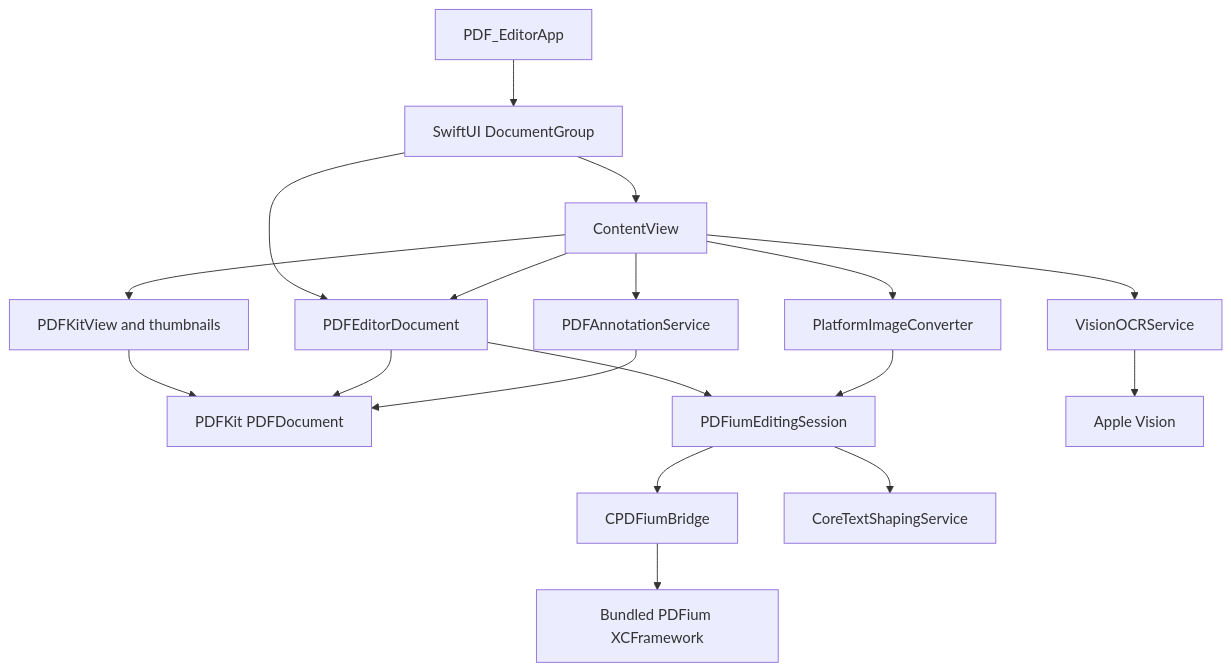
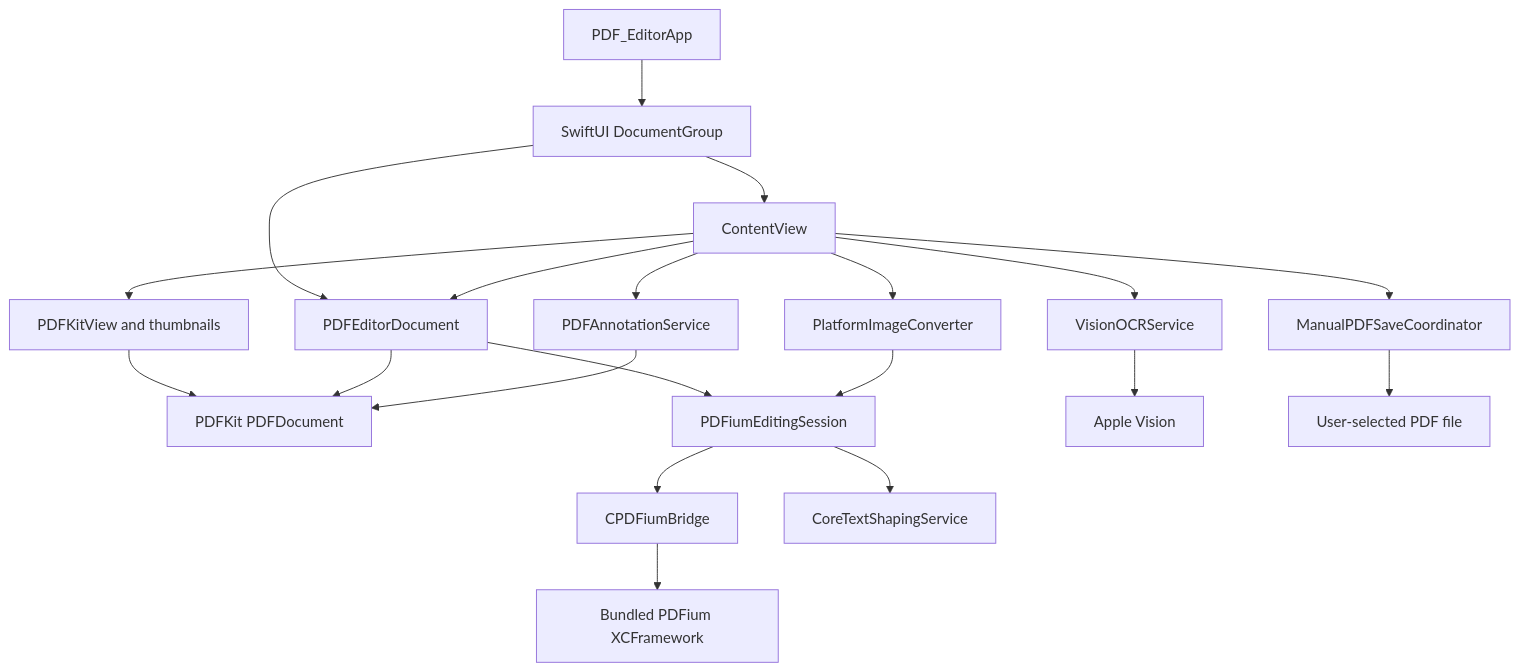
The diagram in TECHNICAL_DOCUMENTATION.md (q7jxb7yxdk-star/pdf-editor), drawn with Mermaid before and after one commit. The commit also changed other lines of this file and 8 other files, not shown here.

````diff
--- a/TECHNICAL_DOCUMENTATION.md
+++ b/TECHNICAL_DOCUMENTATION.md
@@ -31,20 +32,22 @@
 ```mermaid
 flowchart TD
     App[PDF_EditorApp] --> DG[SwiftUI DocumentGroup]
     DG --> Doc[PDFEditorDocument]
     DG --> UI[ContentView]
     UI --> Doc
     UI --> View[PDFKitView and thumbnails]
     View --> PDFKitDoc[PDFKit PDFDocument]
     Doc --> Session[PDFiumEditingSession]
     Session --> Bridge[CPDFiumBridge]
     Bridge --> PDFium[Bundled PDFium XCFramework]
     Doc --> PDFKitDoc
     Session --> Shape[CoreTextShapingService]
     UI --> OCR[VisionOCRService]
     OCR --> Vision[Apple Vision]
     UI --> Annotation[PDFAnnotationService]
     Annotation --> PDFKitDoc
     UI --> Image[PlatformImageConverter]
     Image --> Session
+    UI --> Save[ManualPDFSaveCoordinator]
+    Save --> File[User-selected PDF file]
 ```
````
